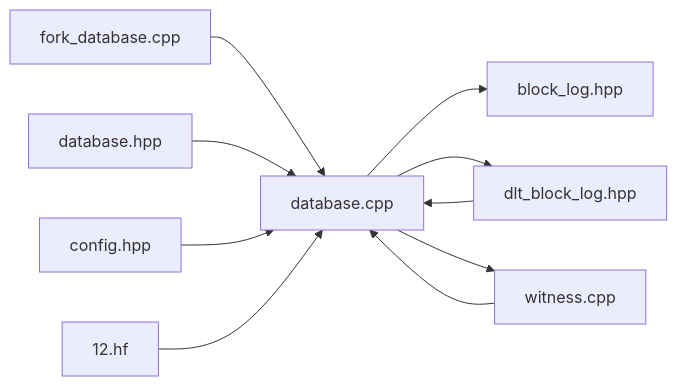
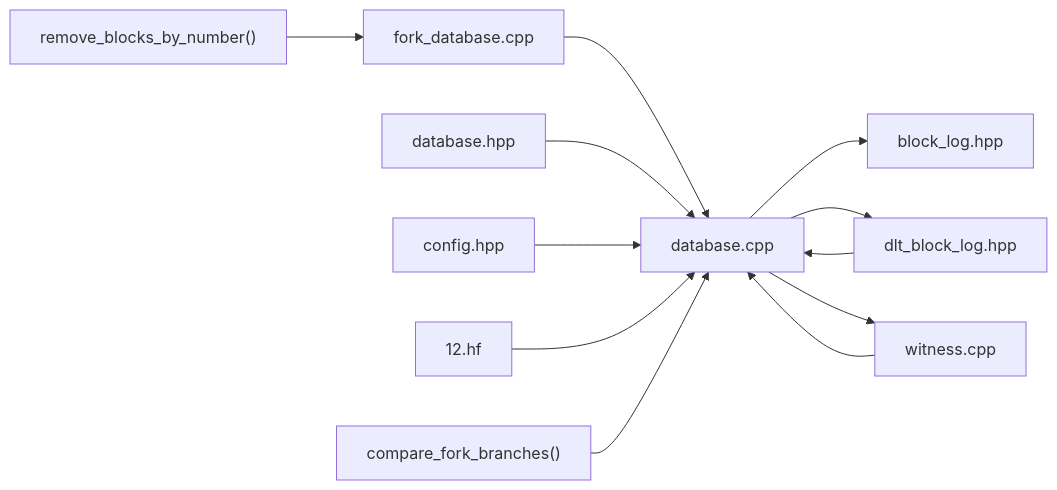
Diagram 16 of 16 in .qoder/repowiki/en/content/Architecture Overview/Core Libraries/Chain Library/Fork Resolution and Consensus.md (VIZ-Blockchain/viz-cpp-node), drawn with Mermaid before and after one commit. The commit also changed other lines of this file and 9 other files, not shown here.

````diff
--- a/.qoder/repowiki/en/content/Architecture Overview/Core Libraries/Chain Library/Fork Resolution and Consensus.md
+++ b/.qoder/repowiki/en/content/Architecture Overview/Core Libraries/Chain Library/Fork Resolution and Consensus.md
@@ -664,12 +852,14 @@
 ```mermaid
 graph LR
 FDB["fork_database.cpp"] --> DBCPP["database.cpp"]
 DBCPP --> BLH["block_log.hpp"]
 DBCPP --> DLTH["dlt_block_log.hpp"]
 DBCPP --> WIT["witness.cpp"]
 DBH["database.hpp"] --> DBCPP
 DLTH --> DBCPP
 WIT --> DBCPP
 CONFIG["config.hpp"] --> DBCPP
 HF12["12.hf"] --> DBCPP
+CMP["compare_fork_branches()"] --> DBCPP
+PRUNE["remove_blocks_by_number()"] --> FDB
 ```
````
